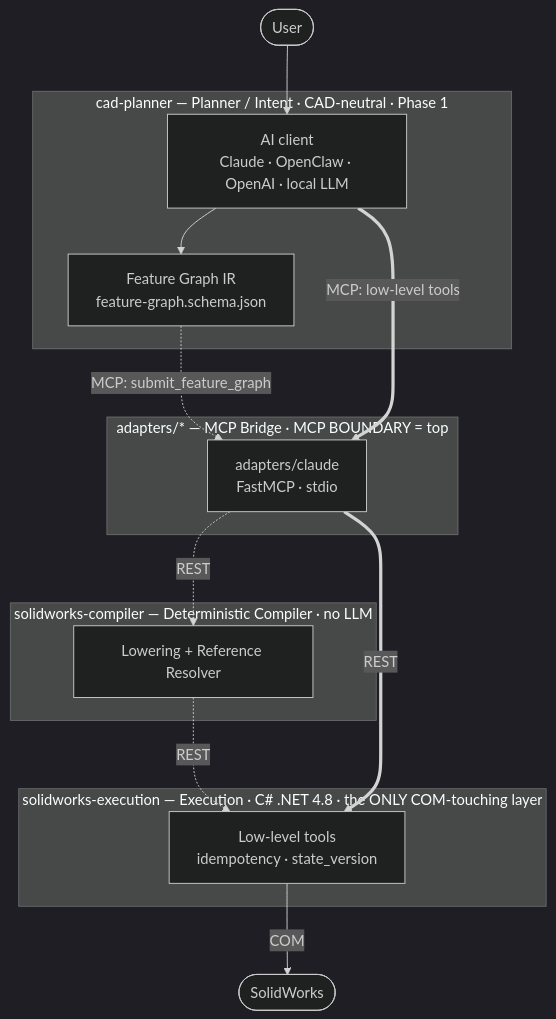
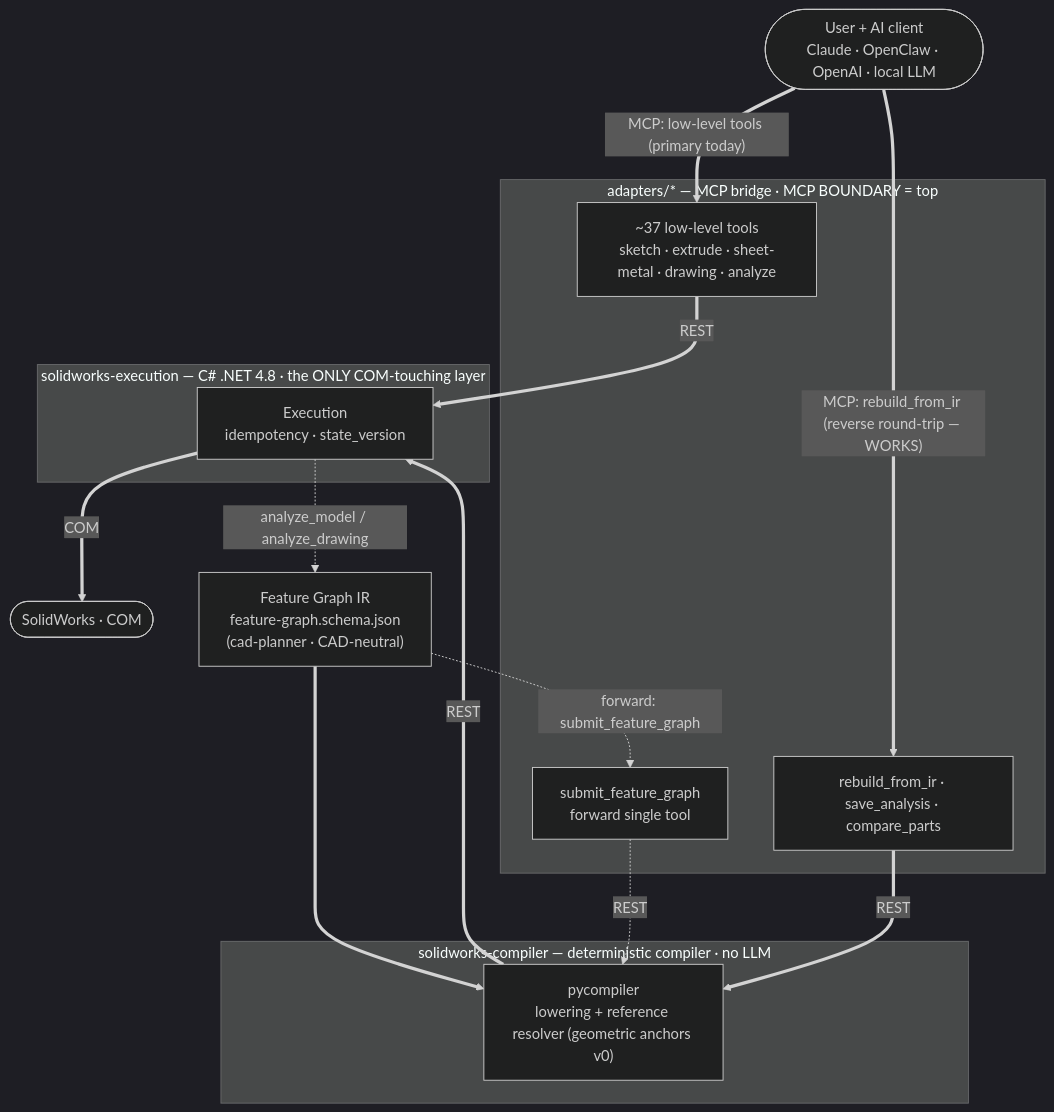
The diagram in README.md (eyfel/mcp-server-solidworks), drawn with Mermaid (dark theme) before and after one commit. The commit also changed other lines of this file and 4 other files, not shown here.

````diff
--- a/README.md
+++ b/README.md
@@ -28,37 +28,38 @@
 ```mermaid
 flowchart TD
-    U(["User"])
+    U(["User + AI client<br/>Claude · OpenClaw · OpenAI · local LLM"])
 
-    subgraph PLAN["cad-planner — Planner / Intent · CAD-neutral · Phase 1"]
-        AI["AI client<br/>Claude · OpenClaw · OpenAI · local LLM"]
-        IR["Feature Graph IR<br/>feature-graph.schema.json"]
-        AI --> IR
+    subgraph ADAPT["adapters/* — MCP bridge · MCP BOUNDARY = top"]
+        LOW["~37 low-level tools<br/>sketch · extrude · sheet-metal · drawing · analyze"]
+        RIR["rebuild_from_ir · save_analysis · compare_parts"]
+        SFG["submit_feature_graph<br/>forward single tool"]
     end
 
-    subgraph ADAPT["adapters/* — MCP Bridge · MCP BOUNDARY = top"]
-        AC["adapters/claude<br/>FastMCP · stdio"]
+    IR["Feature Graph IR<br/>feature-graph.schema.json<br/>(cad-planner · CAD-neutral)"]
+
+    subgraph COMP["solidworks-compiler — deterministic compiler · no LLM"]
+        CO["pycompiler<br/>lowering + reference resolver (geometric anchors v0)"]
     end
 
-    subgraph COMP["solidworks-compiler — Deterministic Compiler · no LLM"]
-        CO["Lowering + Reference Resolver"]
+    subgraph EXE["solidworks-execution — C# .NET 4.8 · the ONLY COM-touching layer"]
+        EX["Execution<br/>idempotency · state_version"]
     end
 
-    subgraph EXE["solidworks-execution — Execution · C# .NET 4.8 · the ONLY COM-touching layer"]
-        EX["Low-level tools<br/>idempotency · state_version"]
-    end
+    SW(["SolidWorks · COM"])
 
-    SW(["SolidWorks"])
+    %% Working today (thick)
+    U == "MCP: low-level tools (primary today)" ==> LOW
+    LOW == "REST" ==> EX
+    U == "MCP: rebuild_from_ir (reverse round-trip — WORKS)" ==> RIR
+    IR ==> CO
+    RIR == "REST" ==> CO
+    CO == "REST" ==> EX
+    EX == "COM" ==> SW
 
-    U --> AI
+    %% Reverse discovery step: read an existing part → propose an IR
+    EX -. "analyze_model / analyze_drawing" .-> IR
 
-    %% Target path (planned)
-    IR -. "MCP: submit_feature_graph" .-> AC
-    AC -. "REST" .-> CO
-    CO -. "REST" .-> EX
-
-    %% Current working path (transitional)
-    AI == "MCP: low-level tools" ==> AC
-    AC == "REST" ==> EX
-
-    EX -- "COM" --> SW
+    %% Planned forward collapse (dashed)
+    IR -. "forward: submit_feature_graph" .-> SFG
+    SFG -. "REST" .-> CO
 ```
````
